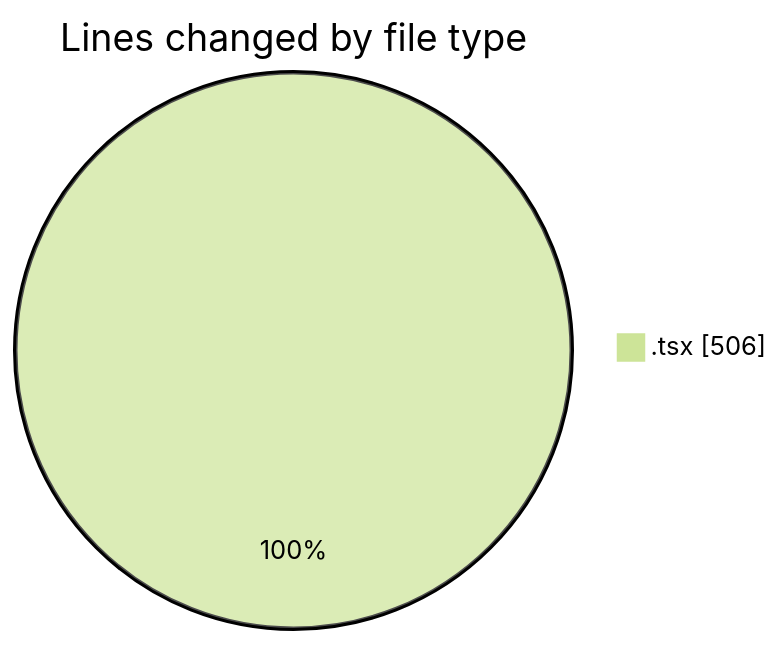
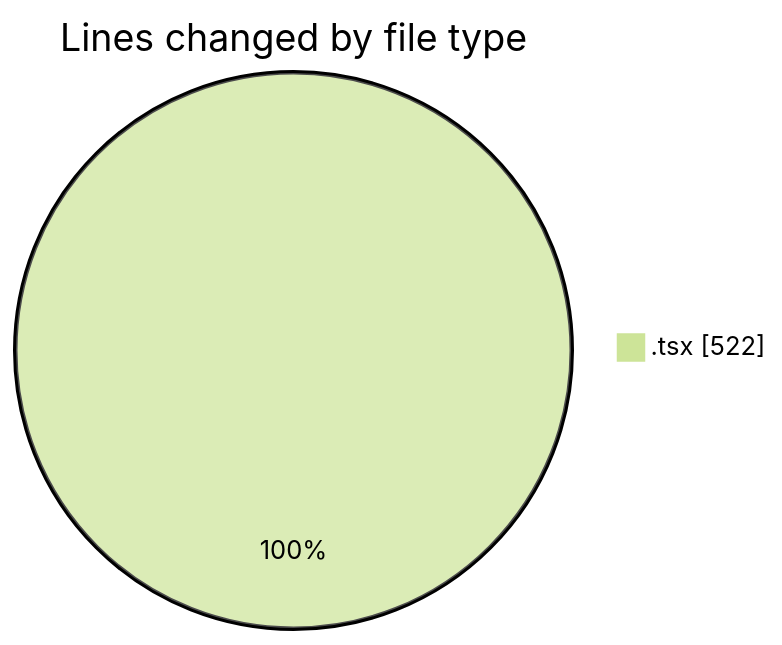
The first of 2 diagrams in 2026-04-23/cda/README.md (momahboobian/code-tracking), drawn with Mermaid (forest theme) before and after one commit. The commit also changed other lines of this file and 1 other file, not shown here.

````diff
--- a/2026-04-23/cda/README.md
+++ b/2026-04-23/cda/README.md
@@ -25,5 +25,5 @@
 ```mermaid
 pie showData
 title Lines changed by file type
-".tsx" : 506
+".tsx" : 522
 ```
````
